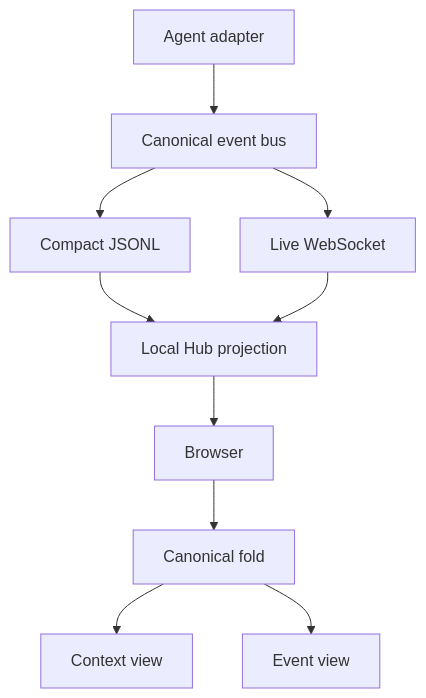
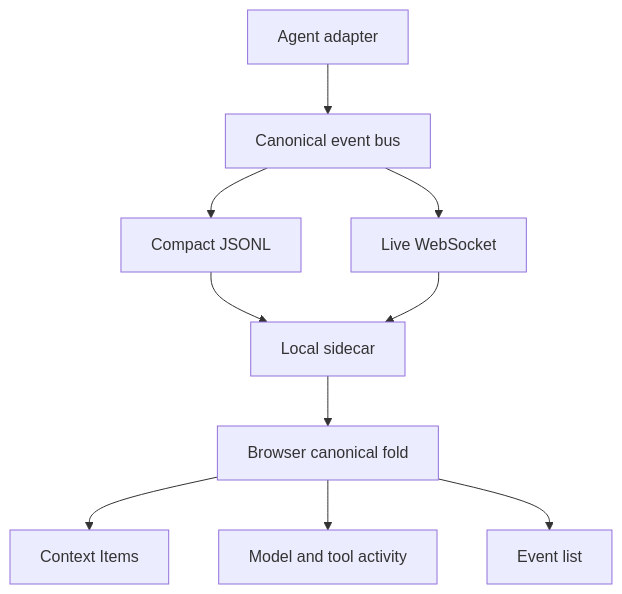
One commit to Delva0/gh-puller changed the diagram in docs/agent-monitor.md. Above: the diagram before and after it, drawn with Mermaid. The commit also changed other lines of this file and 20 other files, not shown here.

Commit message:
refactor(agent): adopt canonical response items

````diff
--- a/docs/agent-monitor.md
+++ b/docs/agent-monitor.md
@@ -110,12 +103,12 @@
 ```mermaid
 flowchart TD
-    Agent[Agent adapter] --> Bus[Canonical event bus]
+    Adapter[Agent adapter] --> Bus[Canonical event bus]
     Bus --> File[Compact JSONL]
     Bus --> Live[Live WebSocket]
-    File --> Hub[Local Hub projection]
+    File --> Hub[Local sidecar]
     Live --> Hub
-    Hub --> Browser[Browser]
-    Browser --> Fold[Canonical fold]
-    Fold --> Context[Context view]
-    Fold --> Events[Event view]
+    Hub --> Fold[Browser canonical fold]
+    Fold --> Context[Context Items]
+    Fold --> Activity[Model and tool activity]
+    Fold --> Events[Event list]
 ```
````
